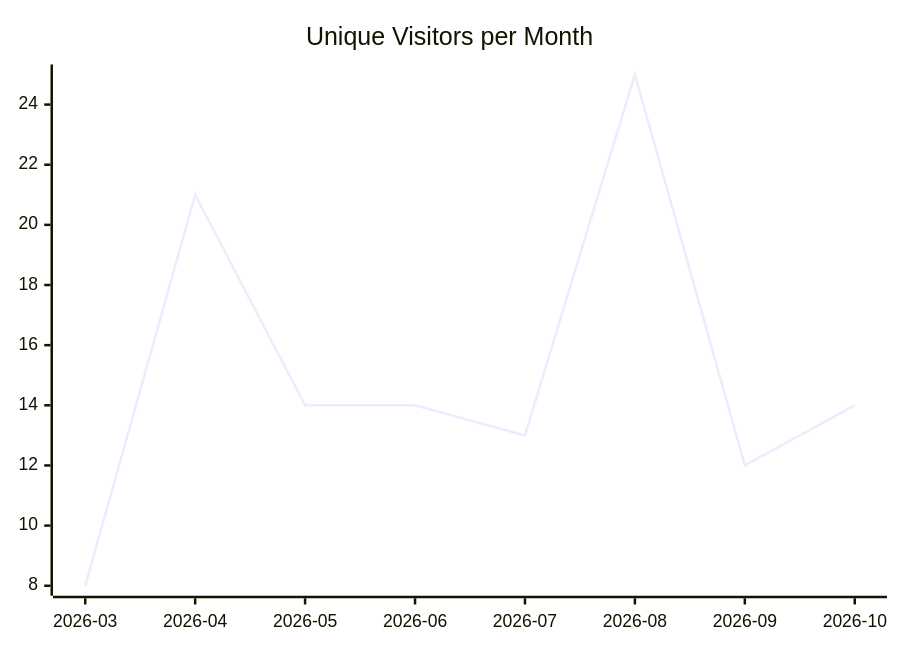
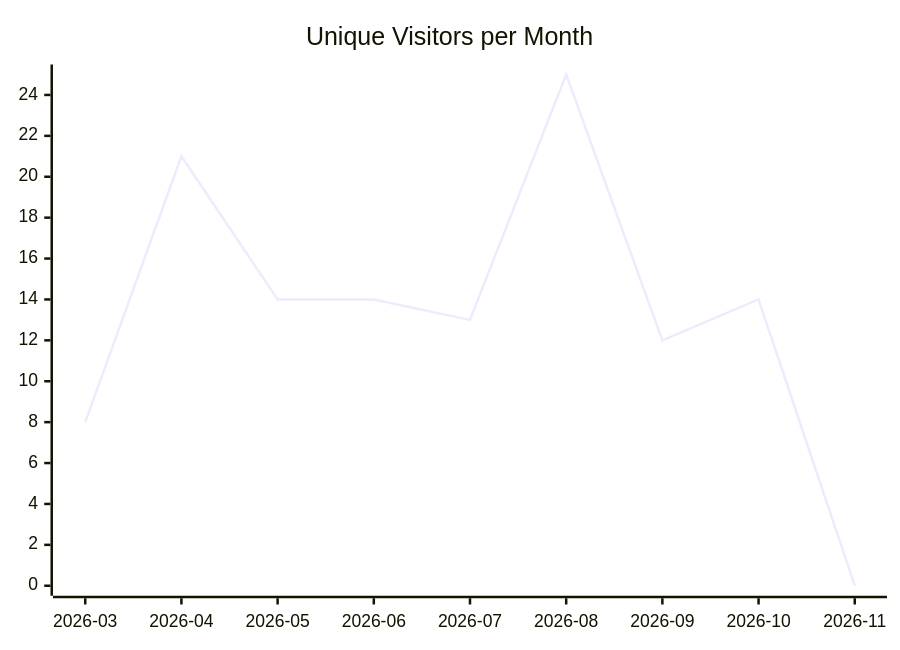
Before and after one commit to justdavis-family/github-analytics-data: the first of 3 diagrams in karlmdavis/ksoap2-android/README.md, drawn with Mermaid. The commit also changed other lines of this file and 201 other files, not shown here.

````diff
--- a/karlmdavis/ksoap2-android/README.md
+++ b/karlmdavis/ksoap2-android/README.md
@@ -5,6 +5,6 @@
 ```mermaid
 xychart-beta
   title "Unique Visitors per Month"
-  x-axis ["2026-03", "2026-04", "2026-05", "2026-06", "2026-07", "2026-08", "2026-09", "2026-10"]
-  line [8, 21, 14, 14, 13, 25, 12, 14]
+  x-axis ["2026-03", "2026-04", "2026-05", "2026-06", "2026-07", "2026-08", "2026-09", "2026-10", "2026-11"]
+  line [8, 21, 14, 14, 13, 25, 12, 14, 0]
 ```
````
